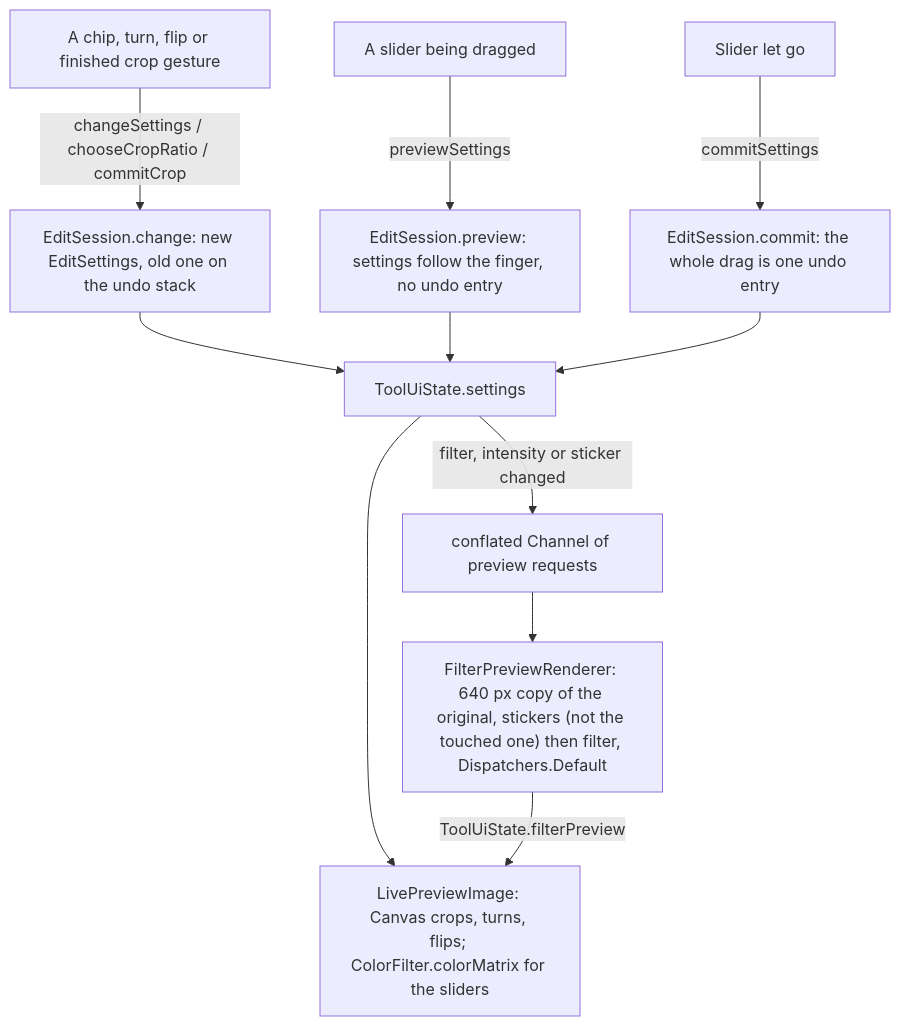
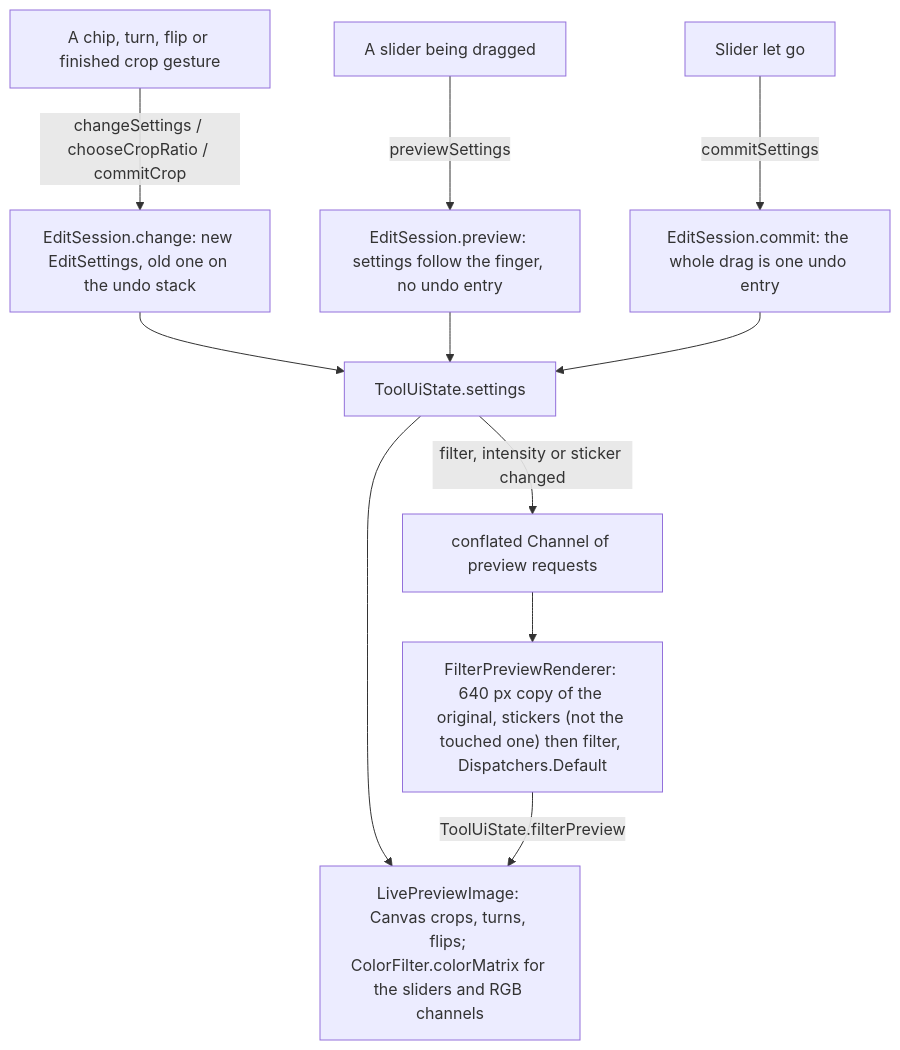
The first of 4 diagrams in docs/features/edit.md (Phong-Kaster/Kanso), drawn with Mermaid before and after one commit. The commit also changed other lines of this file and 58 other files, not shown here.

````diff
--- a/docs/features/edit.md
+++ b/docs/features/edit.md
@@ -117,13 +129,13 @@
 ```mermaid
 flowchart TD
     A["A chip, turn, flip or finished crop gesture"] -->|changeSettings / chooseCropRatio / commitCrop| S["EditSession.change: new EditSettings, old one on the undo stack"]
     B["A slider being dragged"] -->|previewSettings| P["EditSession.preview: settings follow the finger, no undo entry"]
     B2["Slider let go"] -->|commitSettings| C["EditSession.commit: the whole drag is one undo entry"]
     S --> U["ToolUiState.settings"]
     P --> U
     C --> U
-    U --> L["LivePreviewImage: Canvas crops, turns, flips; ColorFilter.colorMatrix for the sliders"]
+    U --> L["LivePreviewImage: Canvas crops, turns, flips; ColorFilter.colorMatrix for the sliders and RGB channels"]
     U -->|filter, intensity or sticker changed| Q["conflated Channel of preview requests"]
     Q --> R["FilterPreviewRenderer: 640 px copy of the original, stickers (not the touched one) then filter, Dispatchers.Default"]
     R -->|ToolUiState.filterPreview| L
 ```
````
